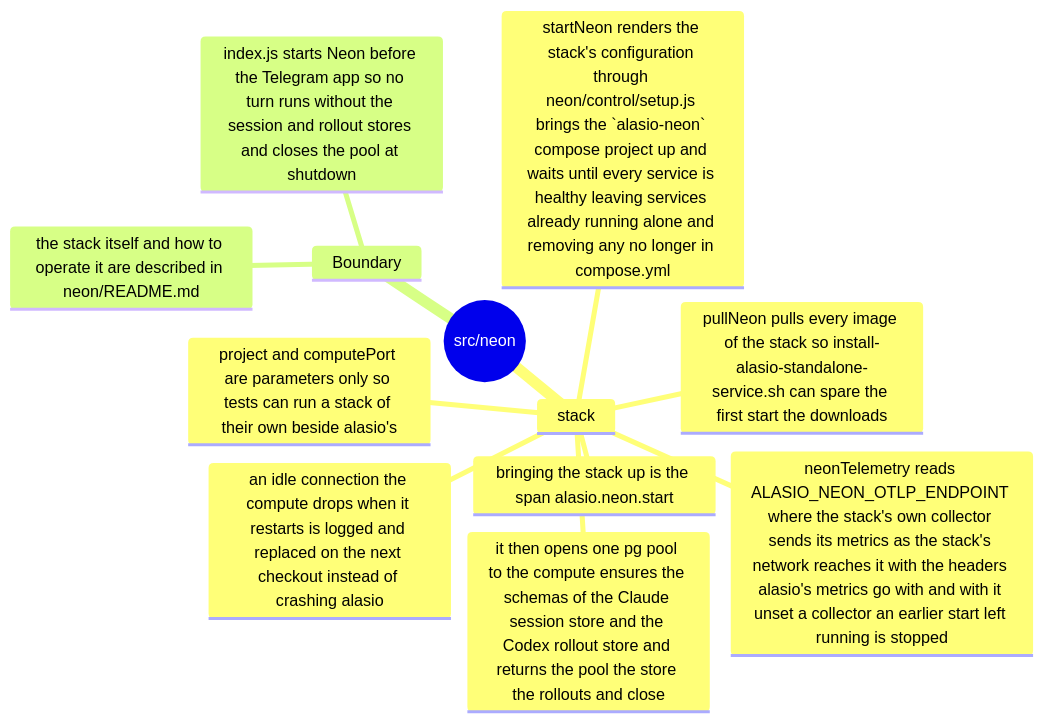
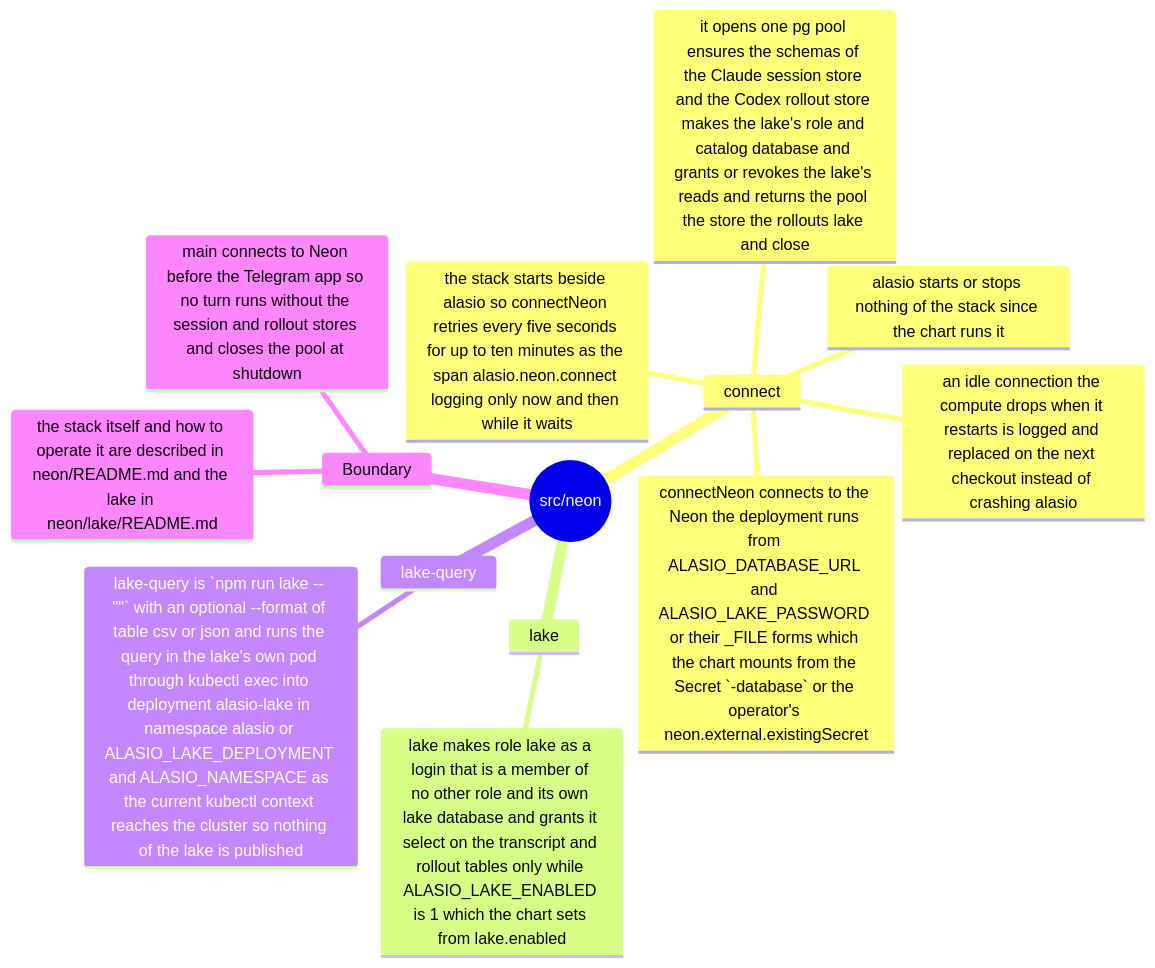
Before and after one commit to eaucoin/alasio: the first of 3 diagrams in src/neon/README.md, drawn with Mermaid. The commit also changed other lines of this file and 37 other files, not shown here.

First line of the commit message:
Document alasio on Kubernetes, and fit its end-to-end run on CI's runners

````diff
--- a/src/neon/README.md
+++ b/src/neon/README.md
@@ -2,15 +2,17 @@
 ```mermaid
 mindmap
   root((src/neon))
-    stack
-      startNeon renders the stack's configuration through neon/control/setup.js brings the `alasio-neon` compose project up and waits until every service is healthy leaving services already running alone and removing any no longer in compose.yml
-      it then opens one pg pool to the compute ensures the schemas of the Claude session store and the Codex rollout store and returns the pool the store the rollouts and close
+    connect
+      connectNeon connects to the Neon the deployment runs from ALASIO_DATABASE_URL and ALASIO_LAKE_PASSWORD or their _FILE forms which the chart mounts from the Secret `<release>-database` or the operator's neon.external.existingSecret
+      the stack starts beside alasio so connectNeon retries every five seconds for up to ten minutes as the span alasio.neon.connect logging only now and then while it waits
+      it opens one pg pool ensures the schemas of the Claude session store and the Codex rollout store makes the lake's role and catalog database and grants or revokes the lake's reads and returns the pool the store the rollouts lake and close
       an idle connection the compute drops when it restarts is logged and replaced on the next checkout instead of crashing alasio
-      bringing the stack up is the span alasio.neon.start
-      neonTelemetry reads ALASIO_NEON_OTLP_ENDPOINT where the stack's own collector sends its metrics as the stack's network reaches it with the headers alasio's metrics go with and with it unset a collector an earlier start left running is stopped
-      pullNeon pulls every image of the stack so install-alasio-standalone-service.sh can spare the first start the downloads
-      project and computePort are parameters only so tests can run a stack of their own beside alasio's
+      alasio starts or stops nothing of the stack since the chart runs it
+    lake
+      lake makes role lake as a login that is a member of no other role and its own lake database and grants it select on the transcript and rollout tables only while ALASIO_LAKE_ENABLED is 1 which the chart sets from lake.enabled
+    lake-query
+      lake-query is `npm run lake -- "<SQL>"` with an optional --format of table csv or json and runs the query in the lake's own pod through kubectl exec into deployment alasio-lake in namespace alasio or ALASIO_LAKE_DEPLOYMENT and ALASIO_NAMESPACE as the current kubectl context reaches the cluster so nothing of the lake is published
     Boundary
-      the stack itself and how to operate it are described in neon/README.md
-      index.js starts Neon before the Telegram app so no turn runs without the session and rollout stores and closes the pool at shutdown
+      the stack itself and how to operate it are described in neon/README.md and the lake in neon/lake/README.md
+      main connects to Neon before the Telegram app so no turn runs without the session and rollout stores and closes the pool at shutdown
 ```
````
